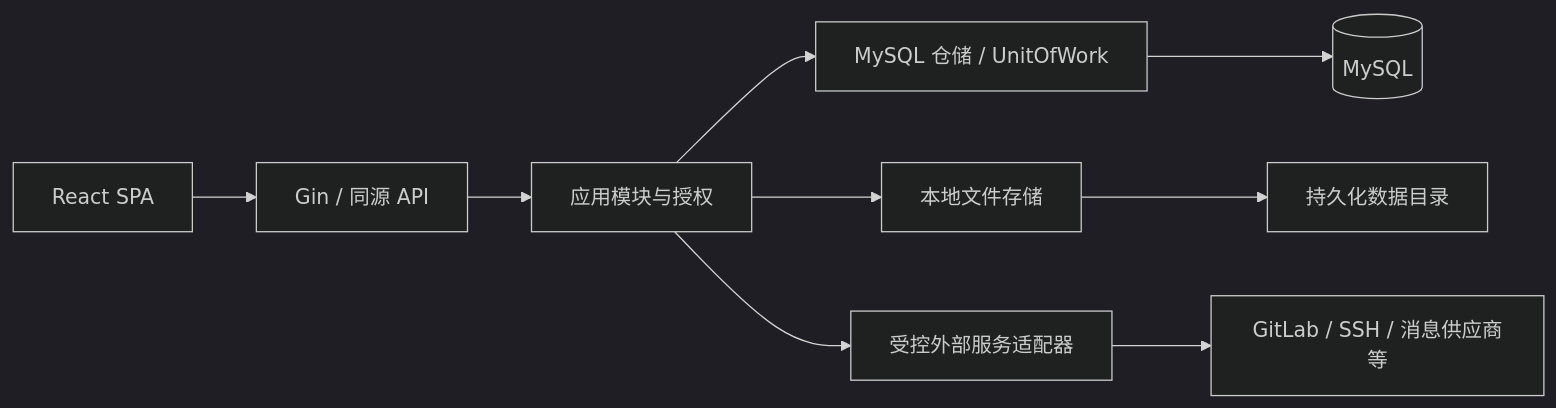
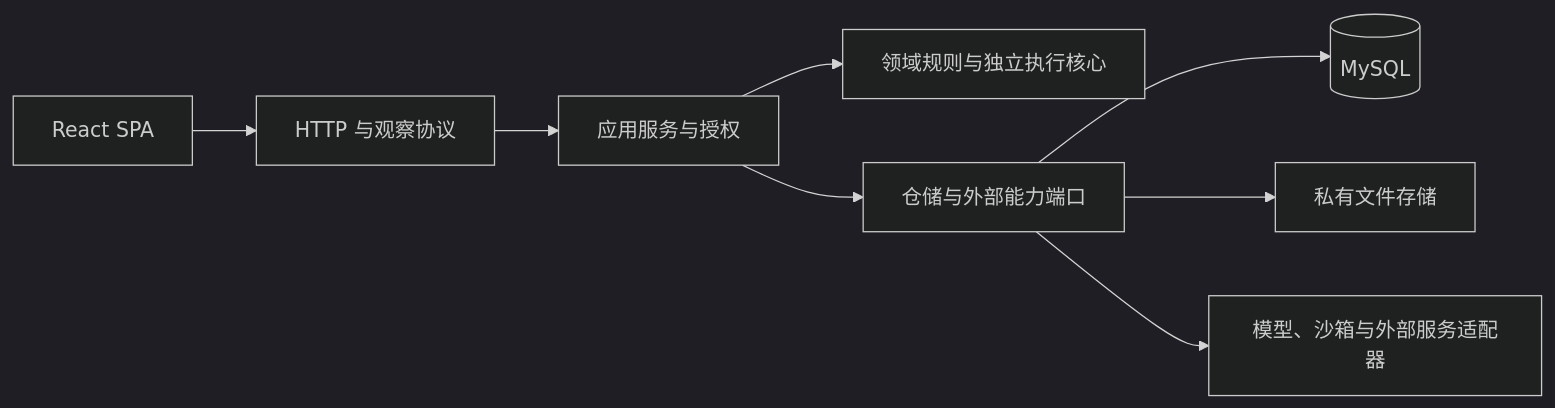
One commit to ravenmk2/antcdp changed the diagram in docs/architecture/overview.md. Above: the diagram before and after it, drawn with Mermaid (dark theme). The commit also changed other lines of this file and 25 other files, not shown here.

First line of the commit message:
docs: consolidate architecture and development guidance

````diff
--- a/docs/architecture/overview.md
+++ b/docs/architecture/overview.md
@@ -23,11 +22,10 @@
 ```mermaid
 flowchart LR
-  Browser[React SPA] --> HTTP[Gin / 同源 API]
-  HTTP --> Modules[应用模块与授权]
-  Modules --> Store[MySQL 仓储 / UnitOfWork]
-  Store --> DB[(MySQL)]
-  Modules --> Files[本地文件存储]
-  Modules --> Adapters[受控外部服务适配器]
-  Files --> Data[持久化数据目录]
-  Adapters --> Remote[GitLab / SSH / 消息供应商等]
+  UI[React SPA] --> HTTP[HTTP 与观察协议]
+  HTTP --> Services[应用服务与授权]
+  Services --> Core[领域规则与独立执行核心]
+  Services --> Ports[仓储与外部能力端口]
+  Ports --> DB[(MySQL)]
+  Ports --> Files[私有文件存储]
+  Ports --> Adapters[模型、沙箱与外部服务适配器]
 ```
````
